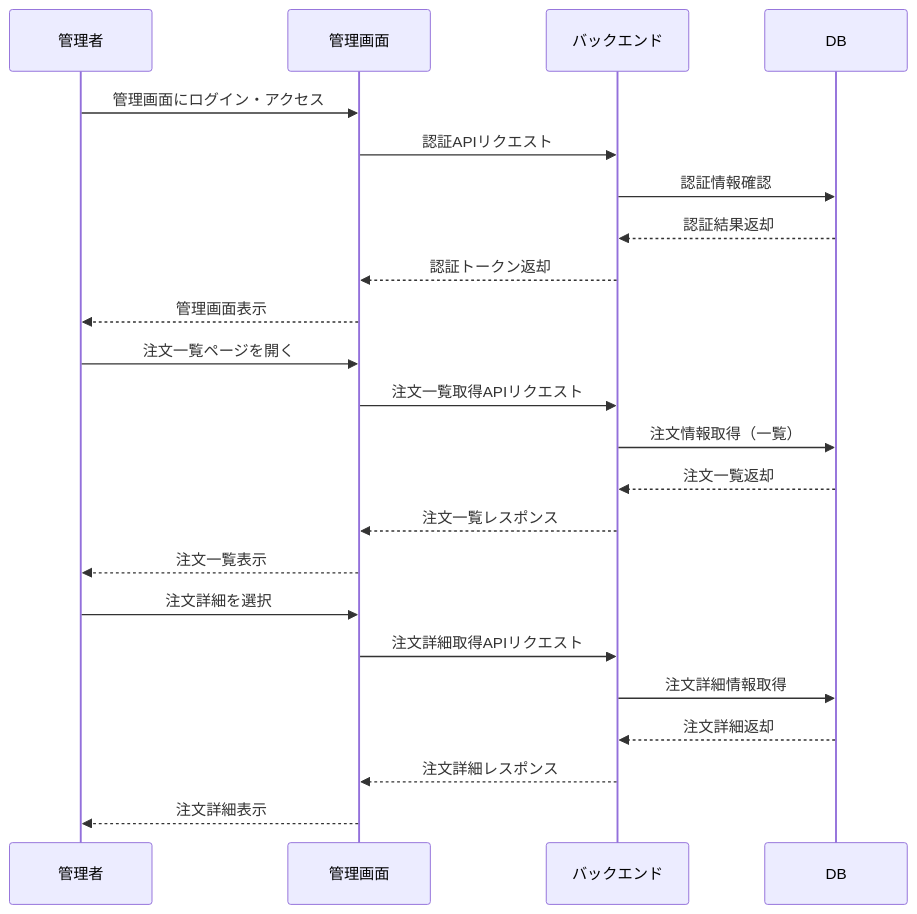
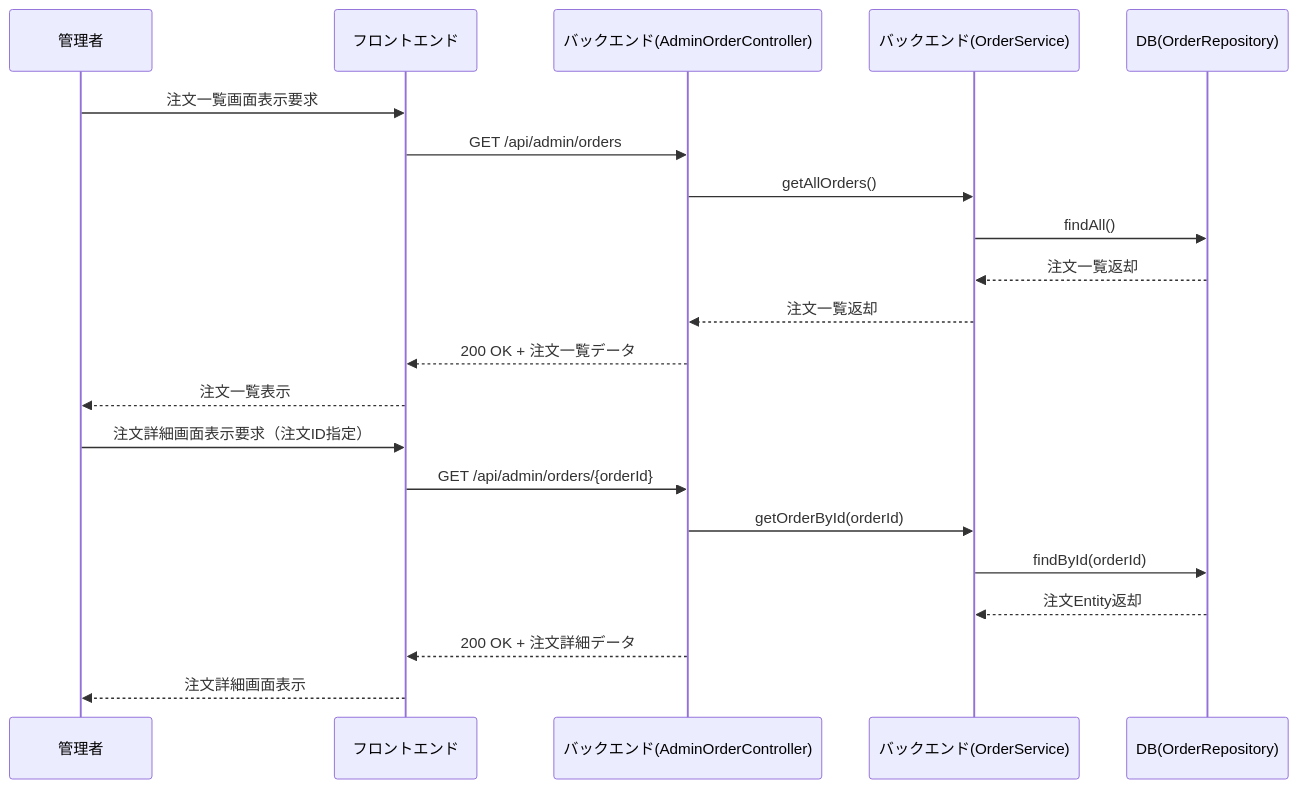
Before and after one commit to YUKlT0/Equipe: the eighth of 8 diagrams in 詳細設計/B1.md, drawn with Mermaid. The commit also changed other lines of this file, not shown here.

```diff
--- a/詳細設計/B1.md
+++ b/詳細設計/B1.md
@@ -421,29 +513,26 @@
 <div class="mermaid">
 
 sequenceDiagram
 participant 管理者
-participant 管理画面
-participant バックエンド
-participant DB
+participant フロントエンド
+participant AdminOrderController as バックエンド(AdminOrderController)
+participant OrderService as バックエンド(OrderService)
+participant OrderRepository as DB(OrderRepository)
 
-管理者 ->> 管理画面: 管理画面にログイン・アクセス
-管理画面 ->> バックエンド: 認証APIリクエスト
-バックエンド ->> DB: 認証情報確認
-DB -->> バックエンド: 認証結果返却
-バックエンド -->> 管理画面: 認証トークン返却
-管理画面 -->> 管理者: 管理画面表示
+管理者 ->> フロントエンド: 注文一覧画面表示要求
+フロントエンド ->> AdminOrderController: GET /api/admin/orders
+AdminOrderController ->> OrderService: getAllOrders()
+OrderService ->> OrderRepository: findAll()
+OrderRepository -->> OrderService: 注文一覧返却
+OrderService -->> AdminOrderController: 注文一覧返却
+AdminOrderController -->> フロントエンド: 200 OK + 注文一覧データ
+フロントエンド -->> 管理者: 注文一覧表示
 
-管理者 ->> 管理画面: 注文一覧ページを開く
-管理画面 ->> バックエンド: 注文一覧取得APIリクエスト
-バックエンド ->> DB: 注文情報取得（一覧）
-DB -->> バックエンド: 注文一覧返却
-バックエンド -->> 管理画面: 注文一覧レスポンス
-管理画面 -->> 管理者: 注文一覧表示
-
-管理者 ->> 管理画面: 注文詳細を選択
-管理画面 ->> バックエンド: 注文詳細取得APIリクエスト
-バックエンド ->> DB: 注文詳細情報取得
-DB -->> バックエンド: 注文詳細返却
-バックエンド -->> 管理画面: 注文詳細レスポンス
-管理画面 -->> 管理者: 注文詳細表示
+管理者 ->> フロントエンド: 注文詳細画面表示要求（注文ID指定）
+フロントエンド ->> AdminOrderController: GET /api/admin/orders/{orderId}
+AdminOrderController ->> OrderService: getOrderById(orderId)
+OrderService ->> OrderRepository: findById(orderId)
+OrderRepository -->> OrderService: 注文Entity返却
+AdminOrderController -->> フロントエンド: 200 OK + 注文詳細データ
+フロントエンド -->> 管理者: 注文詳細画面表示
 </div>
```
